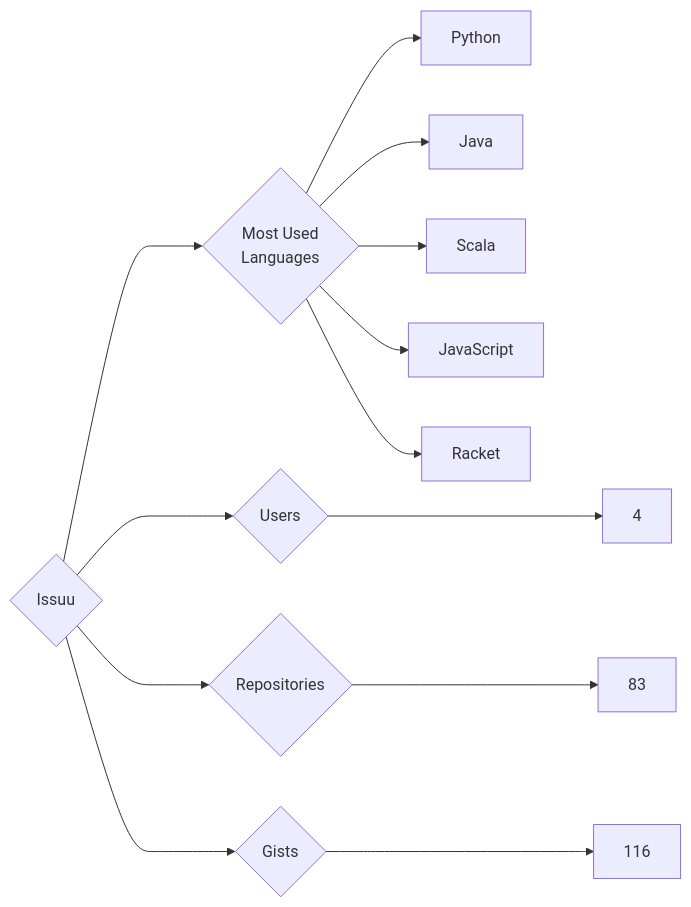
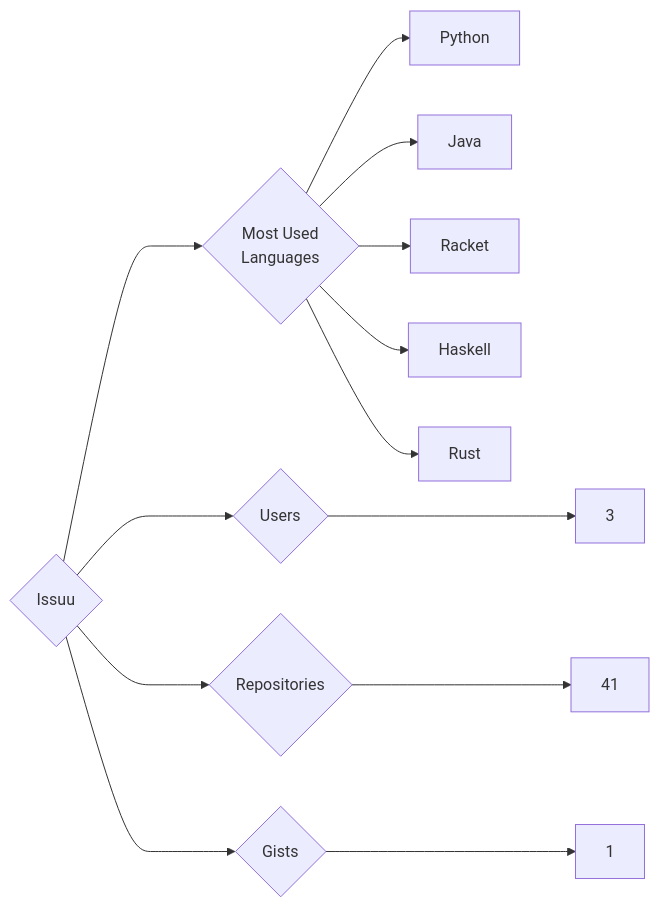
One commit to trickest/insiders changed the diagram in targets/Issuu/README.md. Above: the diagram before and after it, drawn with Mermaid. The commit also changed 594 other files, not shown here.

````diff
--- a/targets/Issuu/README.md
+++ b/targets/Issuu/README.md
@@ -3,13 +3,13 @@
 ```mermaid
 graph LR
 COMPANY_NAME{Issuu}
-COMPANY_NAME ---> U{Users} ---> UN[4]
-COMPANY_NAME ---> R{Repositories} ---> RN[83]
-COMPANY_NAME ---> G{Gists} ---> GN[116]
+COMPANY_NAME ---> U{Users} ---> UN[3]
+COMPANY_NAME ---> R{Repositories} ---> RN[41]
+COMPANY_NAME ---> G{Gists} ---> GN[1]
 COMPANY_NAME ---> ML{Most Used<br>Languages}
 ML --> Python[Python]
 ML --> Java[Java]
-ML --> Scala[Scala]
-ML --> JavaScript[JavaScript]
 ML --> Racket[Racket]
+ML --> Haskell[Haskell]
+ML --> Rust[Rust]
 ```
````
